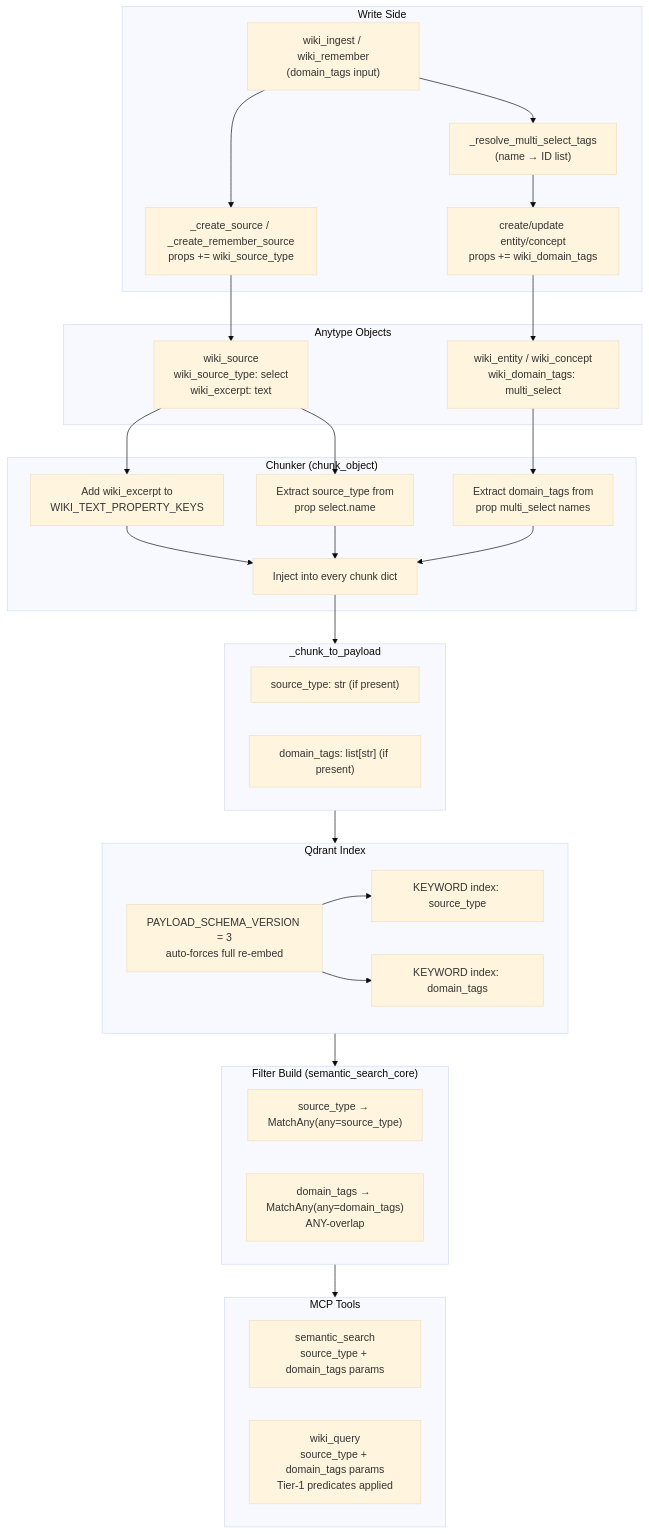
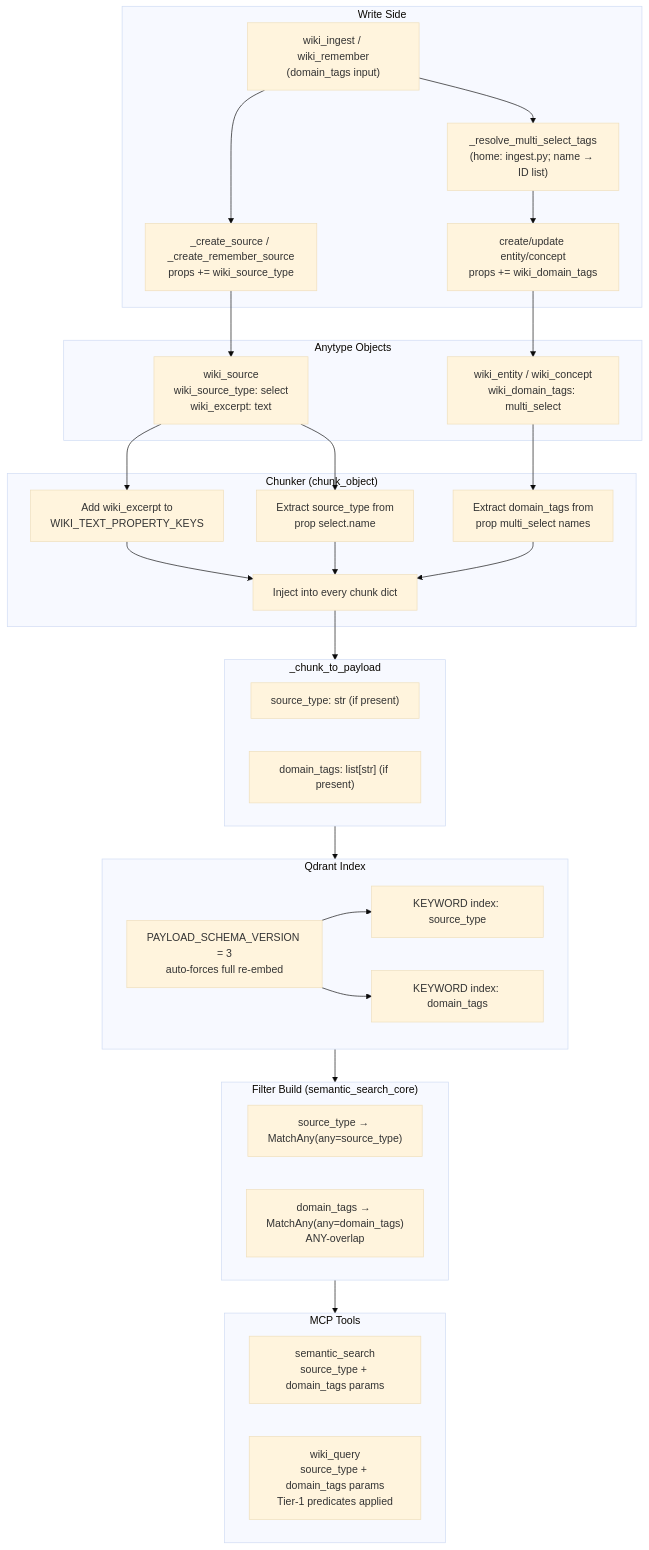
Before and after one commit to Aldeia-IT/anytype-llm-wiki: the diagram in .aldeia/336-wiki-persist-domain-tags-index-sources-then-enable/spec.md, drawn with Mermaid (base theme). The commit also changed other lines of this file, not shown here.

````diff
--- a/.aldeia/336-wiki-persist-domain-tags-index-sources-then-enable/spec.md
+++ b/.aldeia/336-wiki-persist-domain-tags-index-sources-then-enable/spec.md
@@ -85,52 +85,52 @@
 ```mermaid
 flowchart TD
     subgraph Write["Write Side"]
         A1["wiki_ingest / wiki_remember\n(domain_tags input)"]
-        A2["_resolve_multi_select_tags\n(name → ID list)"]
+        A2["_resolve_multi_select_tags\n(home: ingest.py; name → ID list)"]
         A3["create/update entity/concept\nprops += wiki_domain_tags"]
         A4["_create_source / _create_remember_source\nprops += wiki_source_type"]
     end
 
     subgraph Anytype["Anytype Objects"]
         B1["wiki_entity / wiki_concept\nwiki_domain_tags: multi_select"]
         B2["wiki_source\nwiki_source_type: select\nwiki_excerpt: text"]
     end
 
     subgraph Chunk["Chunker (chunk_object)"]
         C1["Add wiki_excerpt to\nWIKI_TEXT_PROPERTY_KEYS"]
         C2["Extract source_type from\nprop select.name"]
         C3["Extract domain_tags from\nprop multi_select names"]
         C4["Inject into every chunk dict"]
     end
 
     subgraph Payload["_chunk_to_payload"]
         D1["source_type: str (if present)"]
         D2["domain_tags: list[str] (if present)"]
     end
 
     subgraph Qdrant["Qdrant Index"]
         E1["KEYWORD index: source_type"]
         E2["KEYWORD index: domain_tags"]
         E3["PAYLOAD_SCHEMA_VERSION = 3\nauto-forces full re-embed"]
     end
 
     subgraph Filter["Filter Build (semantic_search_core)"]
         F1["source_type → MatchAny(any=source_type)"]
         F2["domain_tags → MatchAny(any=domain_tags)\nANY-overlap"]
     end
 
     subgraph Tools["MCP Tools"]
         G1["semantic_search\nsource_type + domain_tags params"]
         G2["wiki_query\nsource_type + domain_tags params\nTier-1 predicates applied"]
     end
 
     A1 --> A2 --> A3 --> B1
     A1 --> A4 --> B2
     B1 --> C3
     B2 --> C1 & C2
     C1 & C2 & C3 --> C4 --> Payload
     Payload --> Qdrant
     E3 --> E1 & E2
     Qdrant --> Filter
     Filter --> Tools
 ```
````
